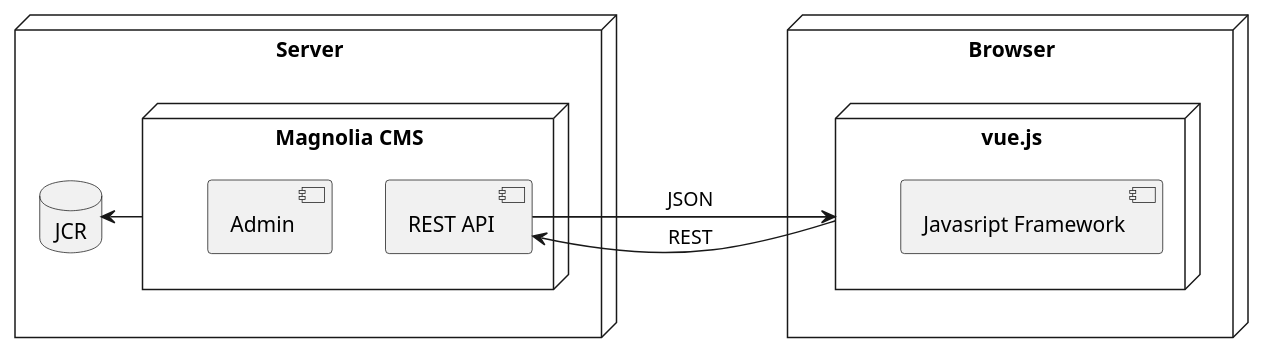
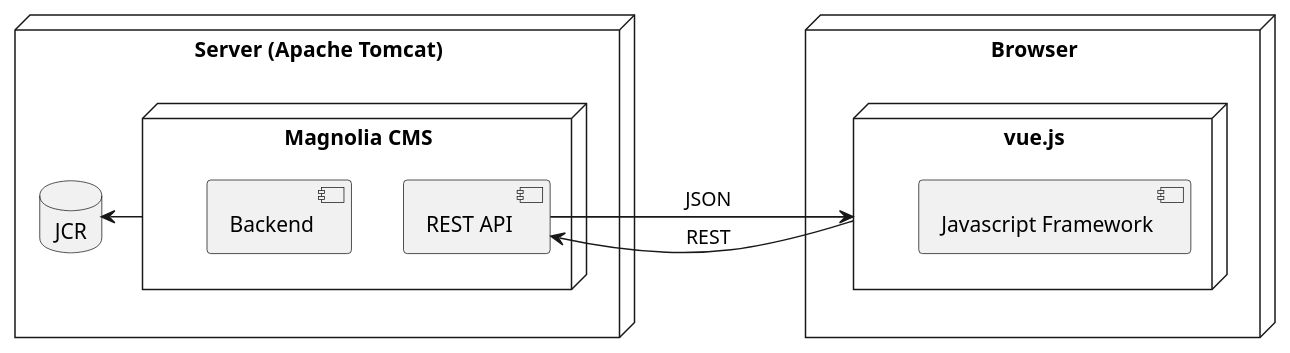
Before and after one commit to yaroth/bls: the diagram in Projekt1/3 use case GUIs/Systemarchitektur.puml, drawn with PlantUML. The commit also changed 2 other files, not shown here.

```diff
--- a/Projekt1/3 use case GUIs/Systemarchitektur.puml
+++ b/Projekt1/3 use case GUIs/Systemarchitektur.puml
@@ -1,23 +1,23 @@
 @startuml
 
-node "Server"{
+node "Server (Apache Tomcat)"{
     node "Magnolia CMS" as mag{
-        [Admin]
+        [Backend]
         [REST API] as rApi
     }
     database "JCR"
 }
 node "Browser"{
 
     node "vue.js" as vue{
-        [Javasript Framework]
+        [Javascript Framework]
     }
 }
 
 rApi -right-> vue : JSON
 vue -left-> rApi : REST
 vue ---- rApi
 mag -> JCR
 
 
 @enduml
```
